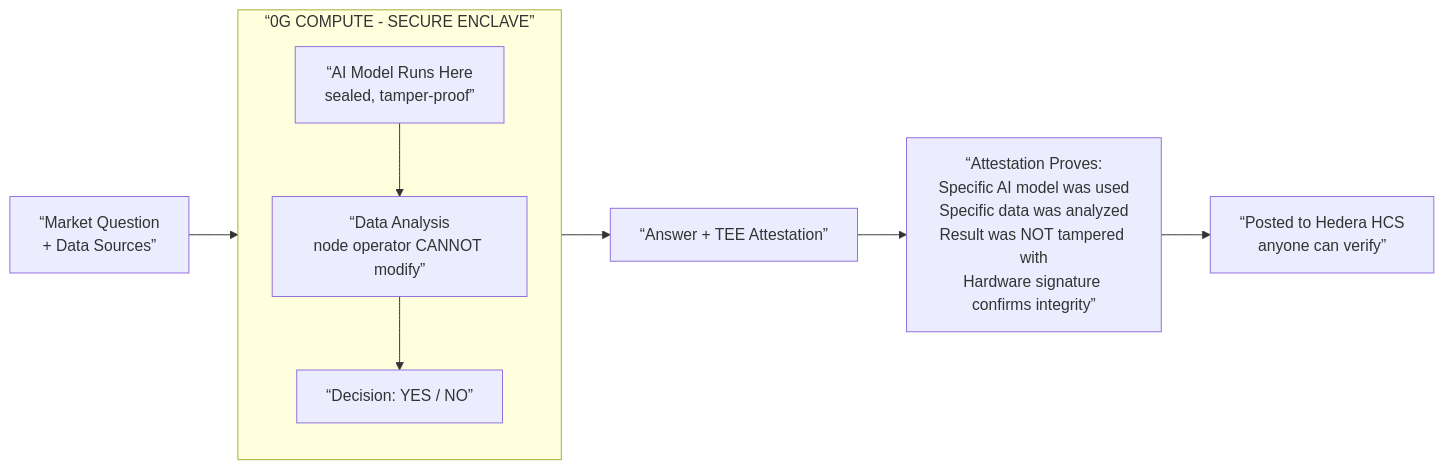
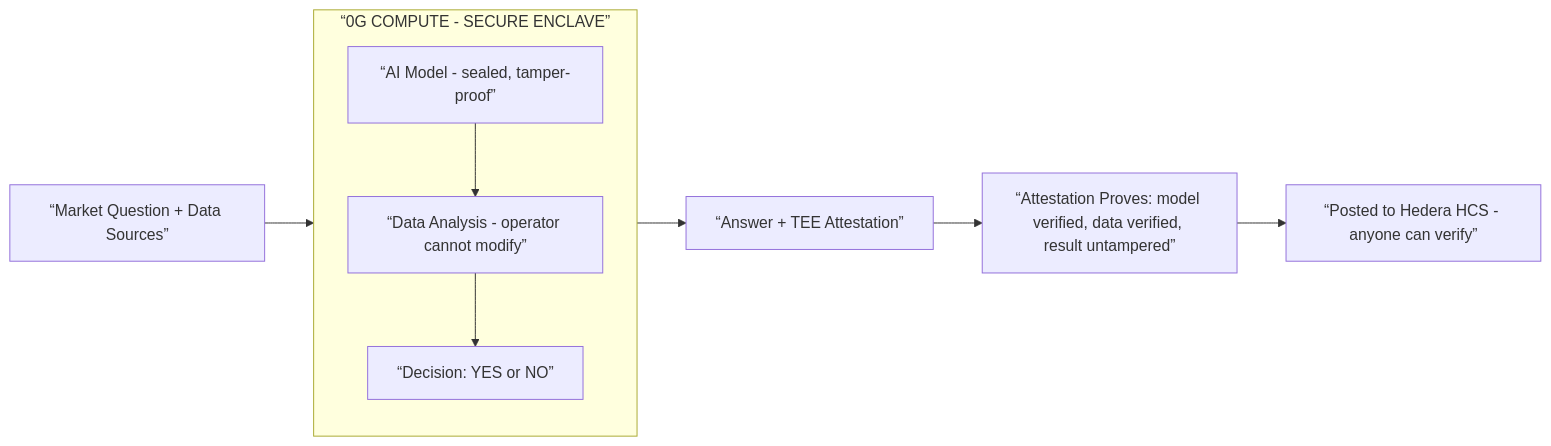
The seventh of 8 diagrams in README.md (derek2403/cannes2026), drawn with Mermaid before and after one commit. The commit also changed other lines of this file, not shown here.

````diff
--- a/README.md
+++ b/README.md
@@ -496,18 +488,17 @@
 ```mermaid
 graph LR
-    INPUT[“Market Question<br/>+ Data Sources”] --> TEE
+    INPUT[“Market Question + Data Sources”] --> TEE
 
     subgraph TEE[“0G COMPUTE - SECURE ENCLAVE”]
-        direction TB
-        AI[“AI Model Runs Here<br/>sealed, tamper-proof”]
-        ANALYSIS[“Data Analysis<br/>node operator CANNOT modify”]
-        DECISION[“Decision: YES / NO”]
+        AI[“AI Model - sealed, tamper-proof”]
+        ANALYSIS[“Data Analysis - operator cannot modify”]
+        DECISION[“Decision: YES or NO”]
         AI --> ANALYSIS --> DECISION
     end
 
     TEE --> OUTPUT[“Answer + TEE Attestation”]
 
-    OUTPUT --> PROVES[“Attestation Proves:<br/>Specific AI model was used<br/>Specific data was analyzed<br/>Result was NOT tampered with<br/>Hardware signature confirms integrity”]
+    OUTPUT --> PROVES[“Attestation Proves: model verified, data verified, result untampered”]
 
-    PROVES --> HCS2[“Posted to Hedera HCS<br/>anyone can verify”]
+    PROVES --> HCS2[“Posted to Hedera HCS - anyone can verify”]
 ```
````
